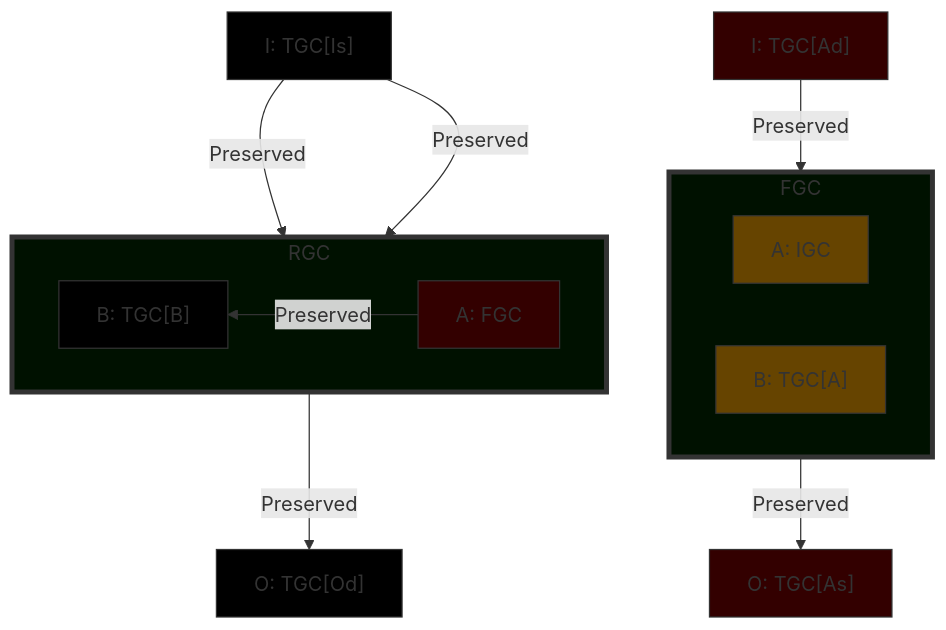
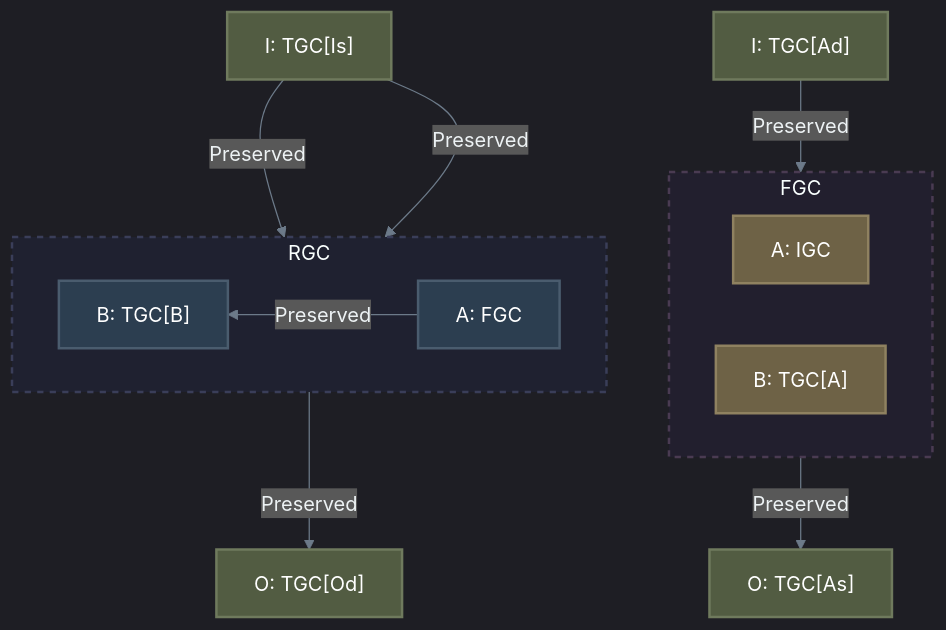
The fourth of 6 diagrams in docs/components/core/physics/insertion.md (Shapedsundew9/erasmus-gp), drawn with Mermaid before and after one commit. The commit also changed other lines of this file and 21 other files, not shown here.

First line of the commit message:
Enhance Mermaid Diagrams and Color Consistency Across Documentation

````diff
--- a/docs/components/core/physics/insertion.md
+++ b/docs/components/core/physics/insertion.md
@@ -135,41 +144,39 @@
 ```mermaid
-%% Insertion Case 3
+%%{init: { 'theme': 'dark', 'themeVariables': { 'lineColor': '#6c7a89', 'textColor': '#edf2f4', 'mainBkg': '#2b2d42', 'primaryBorderColor': '#4a4e69' }}}%%
 flowchart TB
-    I1["I: TGC[Is]"]
+    %% Base/Default (Dark Slate)
+    classDef default fill:#2b2d42,stroke:#4a4e69,stroke-width:2px,color:#edf2f4
+    classDef dataBlue fill:#3a506b,stroke:#5c6b73,stroke-width:2px,color:#ffffff
+    classDef dataGreen fill:#425c52,stroke:#5d7a6f,stroke-width:2px,color:#ffffff
+    classDef dataGold fill:#6e6246,stroke:#8f8160,stroke-width:2px,color:#ffffff
+    classDef dataTeal fill:#3b5e60,stroke:#5b7a7c,stroke-width:2px,color:#ffffff
+    classDef dataOlive fill:#525c42,stroke:#6f7a5d,stroke-width:2px,color:#ffffff
+    classDef dataNavy fill:#2c3e50,stroke:#4a5c6e,stroke-width:2px,color:#ffffff
+    classDef zonePrimary fill:#1f2130,stroke:#3a3e59,stroke-width:2px,stroke-dasharray: 5 5
+    classDef zoneExternal fill:#221f2e,stroke:#4a3b52,stroke-width:2px,stroke-dasharray: 5 5
+
+    I1["I: TGC[Is]"]:::dataOlive
     subgraph RGC
         direction RL
-        GCA1["A: FGC"]
-        GCB1["B: TGC[B]"]
+        GCA1["A: FGC"]:::dataNavy
+        GCB1["B: TGC[B]"]:::dataNavy
     end
-    O1["O: TGC[Od]"]
+    O1["O: TGC[Od]"]:::dataOlive
     I1 --Preserved-->GCA1
     I1 --Preserved-->GCB1
     GCA1 --Preserved-->GCB1
     GCB1 --Preserved--> O1
 
-    I2["I: TGC[Ad]"]
+    I2["I: TGC[Ad]"]:::dataOlive
     subgraph FGC
         direction RL
-        GCA2["A: IGC"]
-        GCB2["B: TGC[A]"]
+        GCA2["A: IGC"]:::dataGold
+        GCB2["B: TGC[A]"]:::dataGold
     end
-    O2["O: TGC[As]"]
+    O2["O: TGC[As]"]:::dataOlive
     I2 --Preserved--> GCB2
     GCB2 --Preserved--> O2
 
-classDef newGC fill:#010,stroke:#333,stroke-width:4px
-classDef newRow fill:#300,stroke:#333,stroke-width:1px
-classDef modified fill:#640,stroke:#333,stroke-width:1px
-classDef unchanged fill:#000,stroke:#333,stroke-width:1px
-
-class RGC newGC
-class GCB1 unchanged
-class GCA1 newRow
-class FGC newGC
-class GCA2 modified
-class GCB2 modified
-class I1 unchanged
-class I2 newRow
-class O1 unchanged
-class O2 newRow
+    class RGC zonePrimary
+    class FGC zoneExternal
 ```
````
